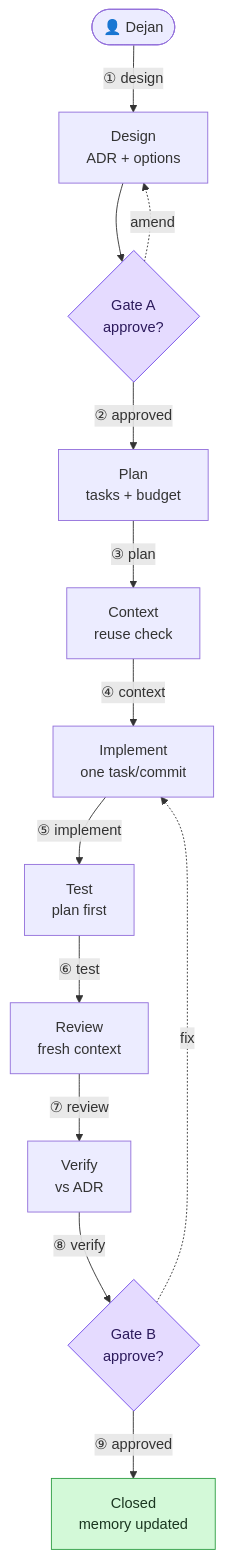
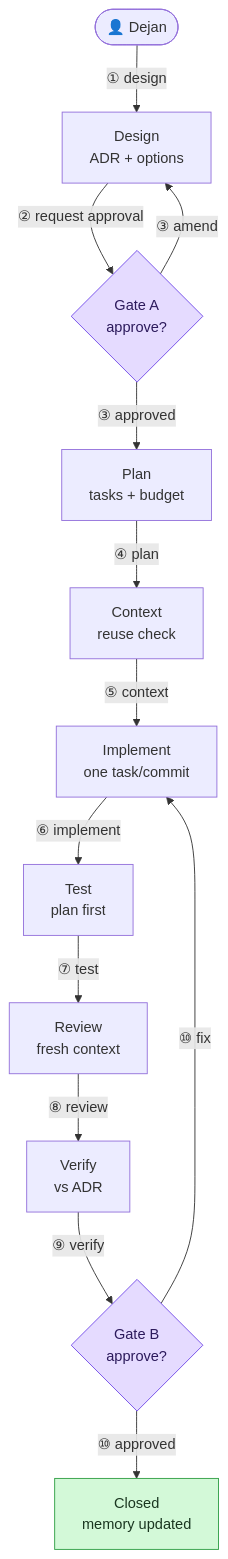
One commit to dej-h/ratchet changed the diagram in docs/diagrams/swe-loop.mmd. Above: the diagram before and after it, drawn with Mermaid. The commit also changed 1 other file, not shown here.

Commit message:
fix(mermaid): number every swe-loop transition

```diff
--- a/docs/diagrams/swe-loop.mmd
+++ b/docs/diagrams/swe-loop.mmd
@@ -1,45 +1,45 @@
 graph TB
     Start(["👤 Dejan"])
     P0["Design
     ADR + options"]
     GateA{"Gate A
     approve?"}
     P1["Plan
     tasks + budget"]
     P2["Context
     reuse check"]
     P3["Implement
     one task/commit"]
     P4["Test
     plan first"]
     P5["Review
     fresh context"]
     P6["Verify
     vs ADR"]
     GateB{"Gate B
     approve?"}
     Done["Closed
     memory updated"]
 
     Start -->|"① design"| P0
-    P0 --> GateA
-    GateA -->|"② approved"| P1
-    GateA -.->|"amend"| P0
-    P1 -->|"③ plan"| P2
-    P2 -->|"④ context"| P3
-    P3 -->|"⑤ implement"| P4
-    P4 -->|"⑥ test"| P5
-    P5 -->|"⑦ review"| P6
-    P6 -->|"⑧ verify"| GateB
-    GateB -->|"⑨ approved"| Done
-    GateB -.->|"fix"| P3
+    P0 -->|"② request approval"| GateA
+    GateA -->|"③ approved"| P1
+    GateA -->|"③ amend"| P0
+    P1 -->|"④ plan"| P2
+    P2 -->|"⑤ context"| P3
+    P3 -->|"⑥ implement"| P4
+    P4 -->|"⑦ test"| P5
+    P5 -->|"⑧ review"| P6
+    P6 -->|"⑨ verify"| GateB
+    GateB -->|"⑩ approved"| Done
+    GateB -->|"⑩ fix"| P3
 
     class GateA decision
     class GateB decision
     class Done success
 
     classDef success   fill:#d3f9d8,stroke:#2f9e44,color:#1a3620
     classDef transport fill:#d0ebff,stroke:#1971c2,color:#0b3866
     classDef protocol  fill:#fff3bf,stroke:#e8a400,color:#5c4500
     classDef blocked   fill:#ffe3e3,stroke:#e03131,color:#5c1a1a
     classDef decision  fill:#e5dbff,stroke:#7048e8,color:#2c1a5c
```
